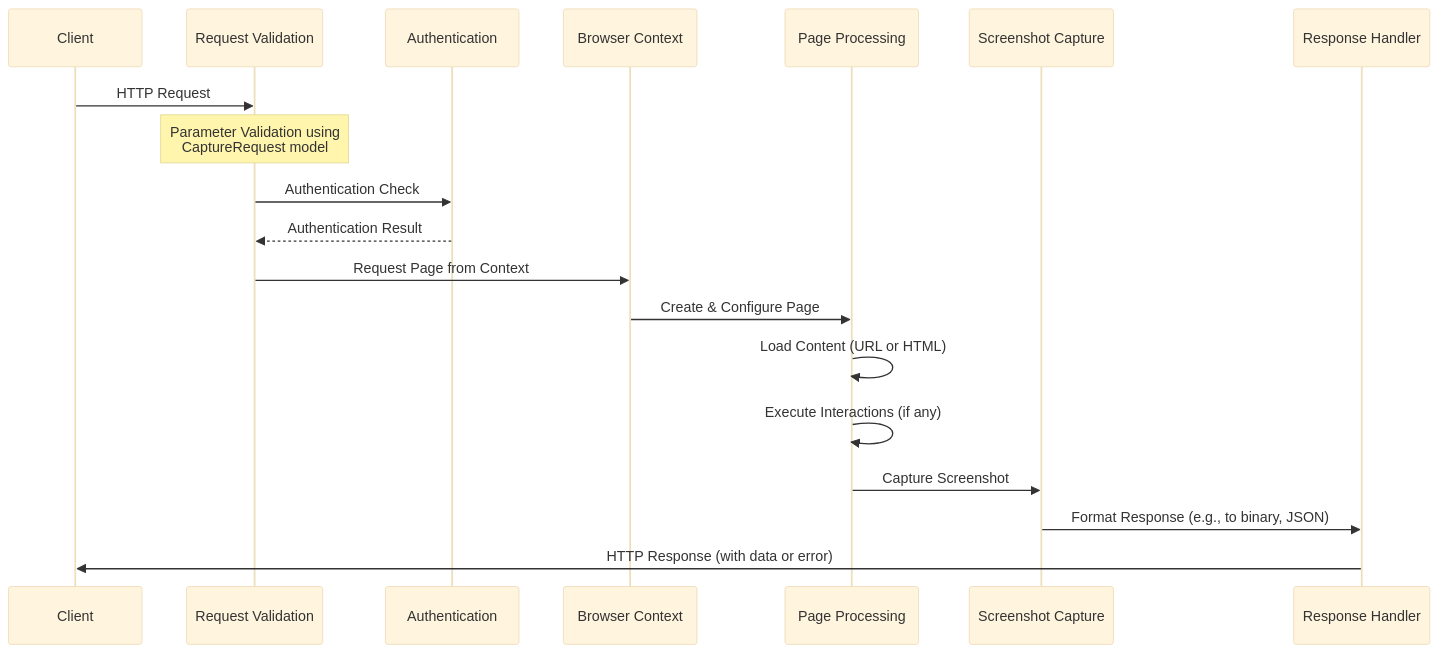
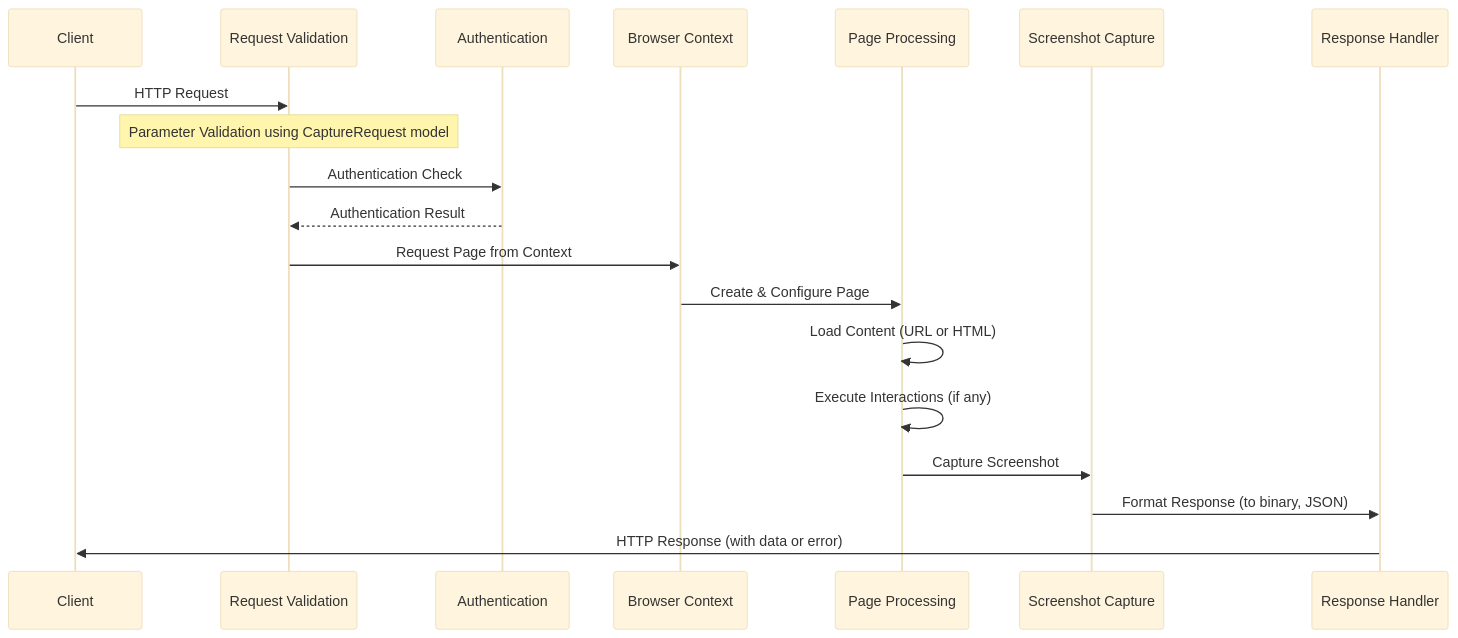
Before and after one commit to pixashot/docs: the diagram in core-concepts/request-lifecycle.md, drawn with Mermaid (base theme). The commit also changed 2 other files, not shown here.

Commit message:
Fixed mermaid graphs

`````diff
--- a/core-concepts/request-lifecycle.md
+++ b/core-concepts/request-lifecycle.md
@@ -16,22 +16,22 @@
 ```mermaid
 sequenceDiagram
     participant C as Client
     participant V as Request Validation
     participant A as Authentication
     participant B as Browser Context
     participant P as Page Processing
     participant S as Screenshot Capture
     participant R as Response Handler
 
     C->>V: HTTP Request
-    Note over V: Parameter Validation using<br>CaptureRequest model
+    Note over V: Parameter Validation using CaptureRequest model
     V->>A: Authentication Check
     A-->>V: Authentication Result
     V->>B: Request Page from Context
     B->>P: Create & Configure Page
     P->>P: Load Content (URL or HTML)
     P->>P: Execute Interactions (if any)
     P->>S: Capture Screenshot
-    S->>R: Format Response (e.g., to binary, JSON)
+    S->>R: Format Response (to binary, JSON)
     R->>C: HTTP Response (with data or error)
-````
+```
`````
